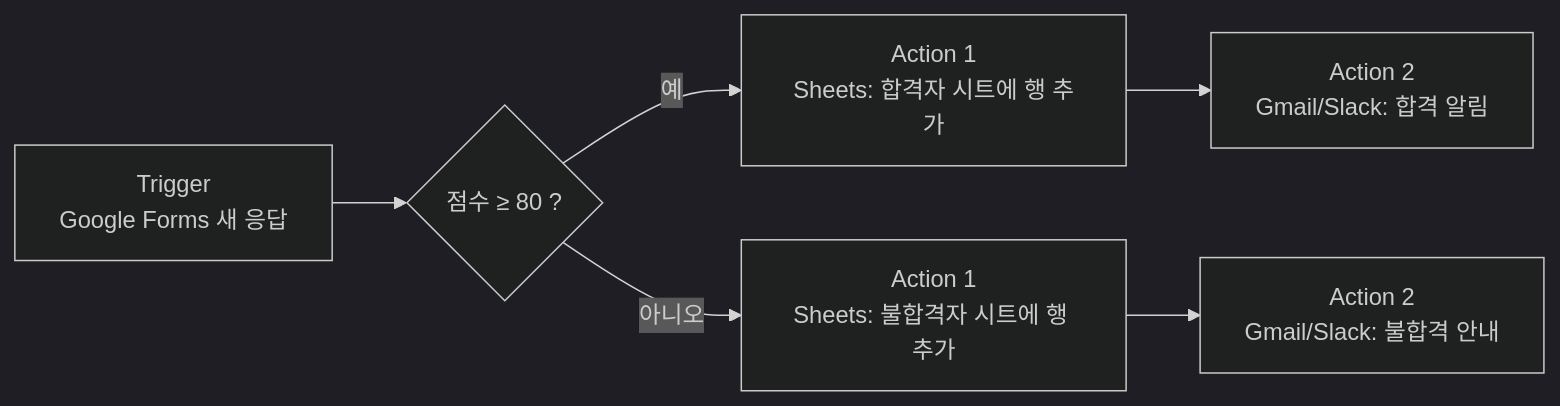
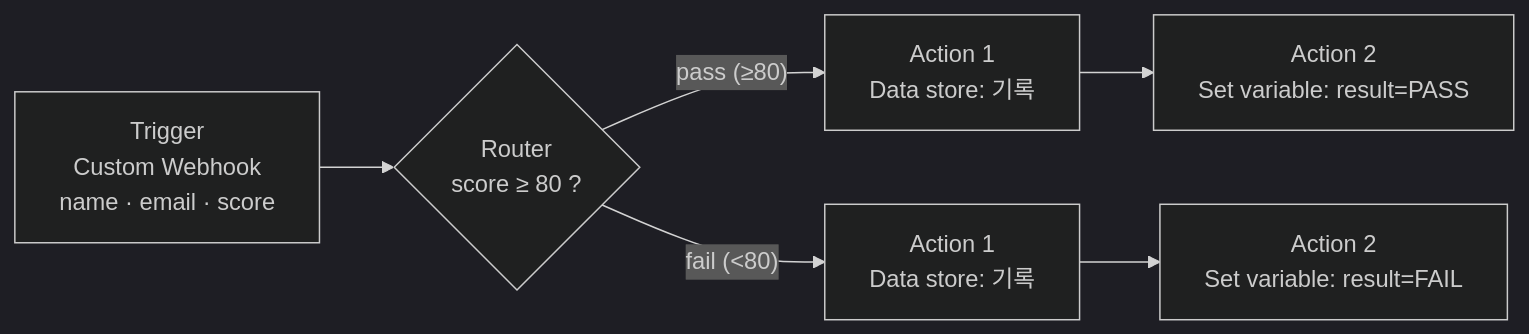
One commit to jihyuntesting-boop/B1-2.-GenAI-2- changed the diagram in project1-tool-comparison/README.md. Above: the diagram before and after it, drawn with Mermaid (dark theme). The commit also changed other lines of this file and 4 other files, not shown here.

````diff
--- a/project1-tool-comparison/README.md
+++ b/project1-tool-comparison/README.md
@@ -7,8 +9,8 @@
 ```mermaid
 flowchart LR
-    T[Trigger<br/>Google Forms 새 응답] --> R{점수 ≥ 80 ?}
-    R -- 예 --> A1[Action 1<br/>Sheets: 합격자 시트에 행 추가]
-    A1 --> A2[Action 2<br/>Gmail/Slack: 합격 알림]
-    R -- 아니오 --> B1[Action 1<br/>Sheets: 불합격자 시트에 행 추가]
-    B1 --> B2[Action 2<br/>Gmail/Slack: 불합격 안내]
+    T[Trigger<br/>Custom Webhook<br/>name · email · score] --> R{Router<br/>score ≥ 80 ?}
+    R -- "pass (≥80)" --> A1[Action 1<br/>Data store: 기록]
+    A1 --> A2[Action 2<br/>Set variable: result=PASS]
+    R -- "fail (<80)" --> B1[Action 1<br/>Data store: 기록]
+    B1 --> B2[Action 2<br/>Set variable: result=FAIL]
 ```
````
